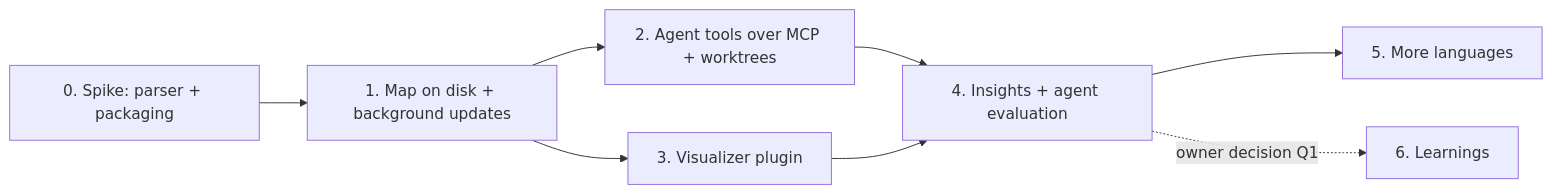
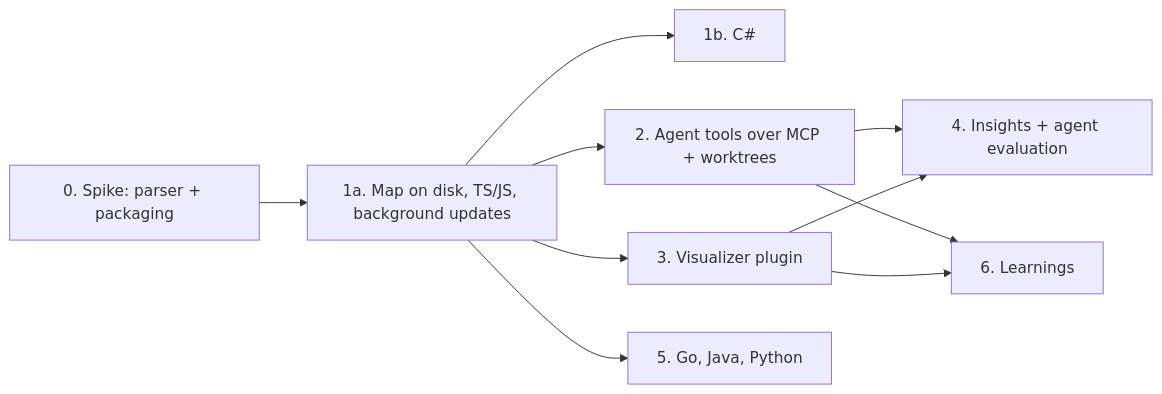
One commit to JakubKonkol/Oxytocin changed the diagram in docs/planned-features/code-map/implementation-plan.md. Above: the diagram before and after it, drawn with Mermaid. The commit also changed other lines of this file and 9 other files, not shown here.

First line of the commit message:
docs(code-map): record owner decisions on learnings, .gitignore and languages

````diff
--- a/docs/planned-features/code-map/implementation-plan.md
+++ b/docs/planned-features/code-map/implementation-plan.md
@@ -21,10 +21,12 @@
 ```mermaid
 flowchart LR
-  P0[0. Spike: parser + packaging] --> P1[1. Map on disk + background updates]
-  P1 --> P2[2. Agent tools over MCP + worktrees]
-  P1 --> P3[3. Visualizer plugin]
+  P0[0. Spike: parser + packaging] --> P1a[1a. Map on disk, TS/JS, background updates]
+  P1a --> P1b[1b. C#]
+  P1a --> P2[2. Agent tools over MCP + worktrees]
+  P1a --> P3[3. Visualizer plugin]
   P2 --> P4[4. Insights + agent evaluation]
   P3 --> P4
-  P4 --> P5[5. More languages]
-  P4 -.owner decision Q1.-> P6[6. Learnings]
+  P1a --> P5[5. Go, Java, Python]
+  P2 --> P6[6. Learnings]
+  P3 --> P6
 ```
````
